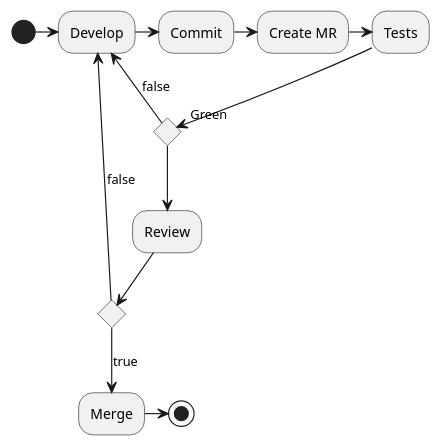
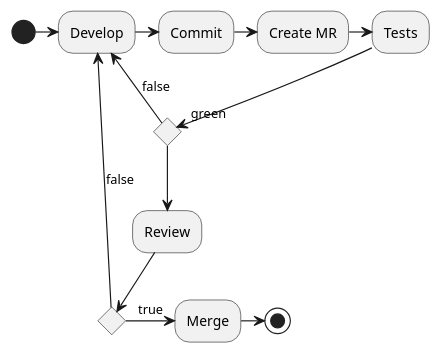
Before and after one commit to PacoVK/slides: the first of 2 diagrams in documentation_the_good/01_intro.adoc, drawn with PlantUML. The commit also changed other lines of this file and 3 other files, not shown here.

```diff
--- a/documentation_the_good/01_intro.adoc
+++ b/documentation_the_good/01_intro.adoc
@@ -55,18 +55,18 @@
 [plantuml]
 ....
-(*) -r-> "Develop"
--r-> "Commit"
--r-> "Create MR"
--r-> "Tests"
-if "Green" then
+(*) -> "Develop"
+-> "Commit"
+-> "Create MR"
+-> "Tests"
+if "green" then
     --> "Review"
     if "" then
-        --> [true] "Merge"
-        -r-> (*)
+        -> [true] "Merge"
+        -> (*)
     else
-        --> [false]  "Develop"
+        -> [false]  "Develop"
     endif
 else
-    --> [false]  "Develop"
+    -> [false]  "Develop"
 endif
 ....
```
